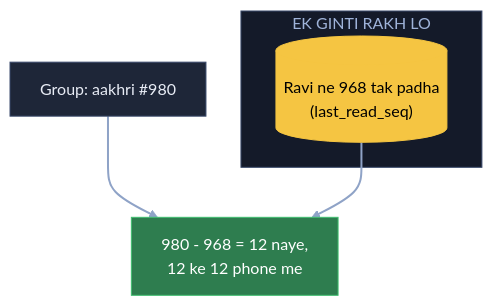
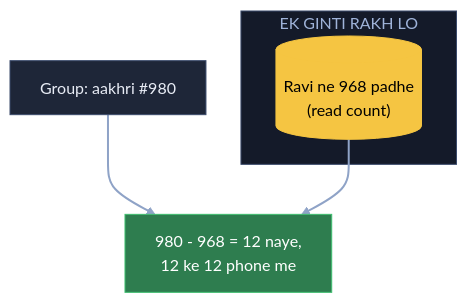
One commit to ArpanMaheshwari144/Prep changed the eighth of 13 diagrams in 04_HLD/SYSTEM_DESIGNS/14_chat_messaging/14_chat_messaging.md. Above: the diagram before and after it, drawn with Mermaid (base theme). The commit also changed other lines of this file and 2 other files, not shown here.

Commit message:
Chat 8: unread = ginti (kul - padhe), ID ka ghatana nahi (Arpan)

````diff
--- a/04_HLD/SYSTEM_DESIGNS/14_chat_messaging/14_chat_messaging.md
+++ b/04_HLD/SYSTEM_DESIGNS/14_chat_messaging/14_chat_messaging.md
@@ -287,16 +287,16 @@
 ```mermaid
 flowchart TB
     G["Group: aakhri #980"]:::card
     subgraph EG["EK GINTI RAKH LO"]
-        L[("Ravi ne 968 tak padha<br/>(last_read_seq)")]:::pill
+        L[("Ravi ne 968 padhe<br/>(read count)")]:::pill
     end
     U["980 - 968 = 12 naye,<br/>12 ke 12 phone me"]:::good
     G --> U
     L --> U
     linkStyle default stroke:#8fa3c7,stroke-width:2px
     classDef card fill:#1e2638,stroke:#3a4a6b,color:#e8ecf5
     classDef pill fill:#f5c542,stroke:#f5c542,color:#000
     classDef good fill:#2e7d4f,stroke:#3fbf6f,color:#fff
     classDef bad fill:#5c1f24,stroke:#e05561,color:#fff
     style EG fill:#141a29,stroke:#3a4a6b,color:#9fb3d9
 ```
````
